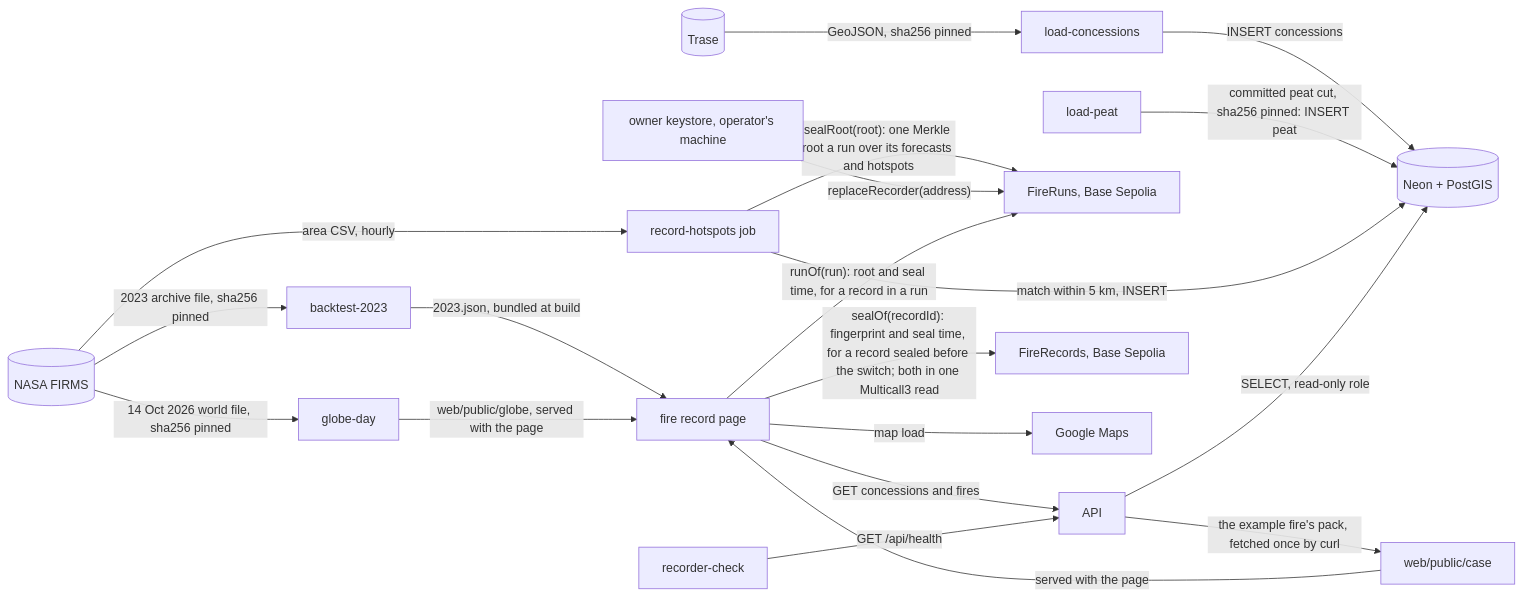
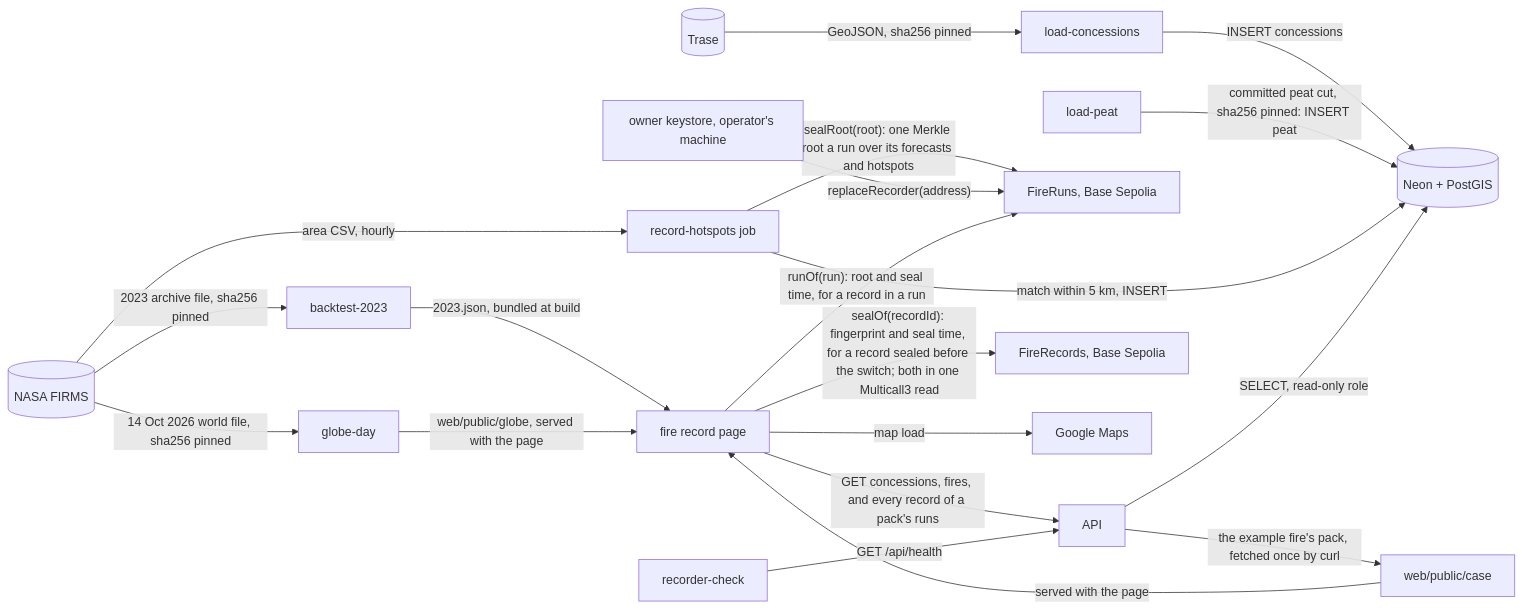
Before and after one commit to dzaffren/fire-watch: the second of 2 diagrams in docs/ARCHITECTURE.md, drawn with Mermaid. The commit also changed other lines of this file and 4 other files, not shown here.

````diff
--- a/docs/ARCHITECTURE.md
+++ b/docs/ARCHITECTURE.md
@@ -19,22 +19,22 @@
 ```mermaid
 flowchart LR
     F[(NASA FIRMS)] -- "area CSV, hourly" --> R[record-hotspots job]
     T[(Trase)] -- "GeoJSON, sha256 pinned" --> L[load-concessions]
     L -- "INSERT concessions" --> D[(Neon + PostGIS)]
     Q[load-peat] -- "committed peat cut, sha256 pinned: INSERT peat" --> D
     R -- "match within 5 km, INSERT" --> D
     R -- "sealRoot(root): one Merkle root a run over its forecasts and hotspots" --> RU[FireRuns, Base Sepolia]
     O[owner keystore, operator's machine] -- "replaceRecorder(address)" --> RU
     A[API] -- "SELECT, read-only role" --> D
-    W[fire record page] -- "GET concessions and fires" --> A
+    W[fire record page] -- "GET concessions, fires, and every record of a pack's runs" --> A
     W -- "runOf(run): root and seal time, for a record in a run" --> RU
     W -- "sealOf(recordId): fingerprint and seal time, for a record sealed before the switch; both in one Multicall3 read" --> C[FireRecords, Base Sepolia]
     W -- "map load" --> G[Google Maps]
     K[recorder-check] -- "GET /api/health" --> A
     F -- "2023 archive file, sha256 pinned" --> B[backtest-2023]
     B -- "2023.json, bundled at build" --> W
     F -- "14 Oct 2026 world file, sha256 pinned" --> GD[globe-day]
     GD -- "web/public/globe, served with the page" --> W
     A -- "the example fire's pack, fetched once by curl" --> CP[web/public/case]
     CP -- "served with the page" --> W
 ```
````
